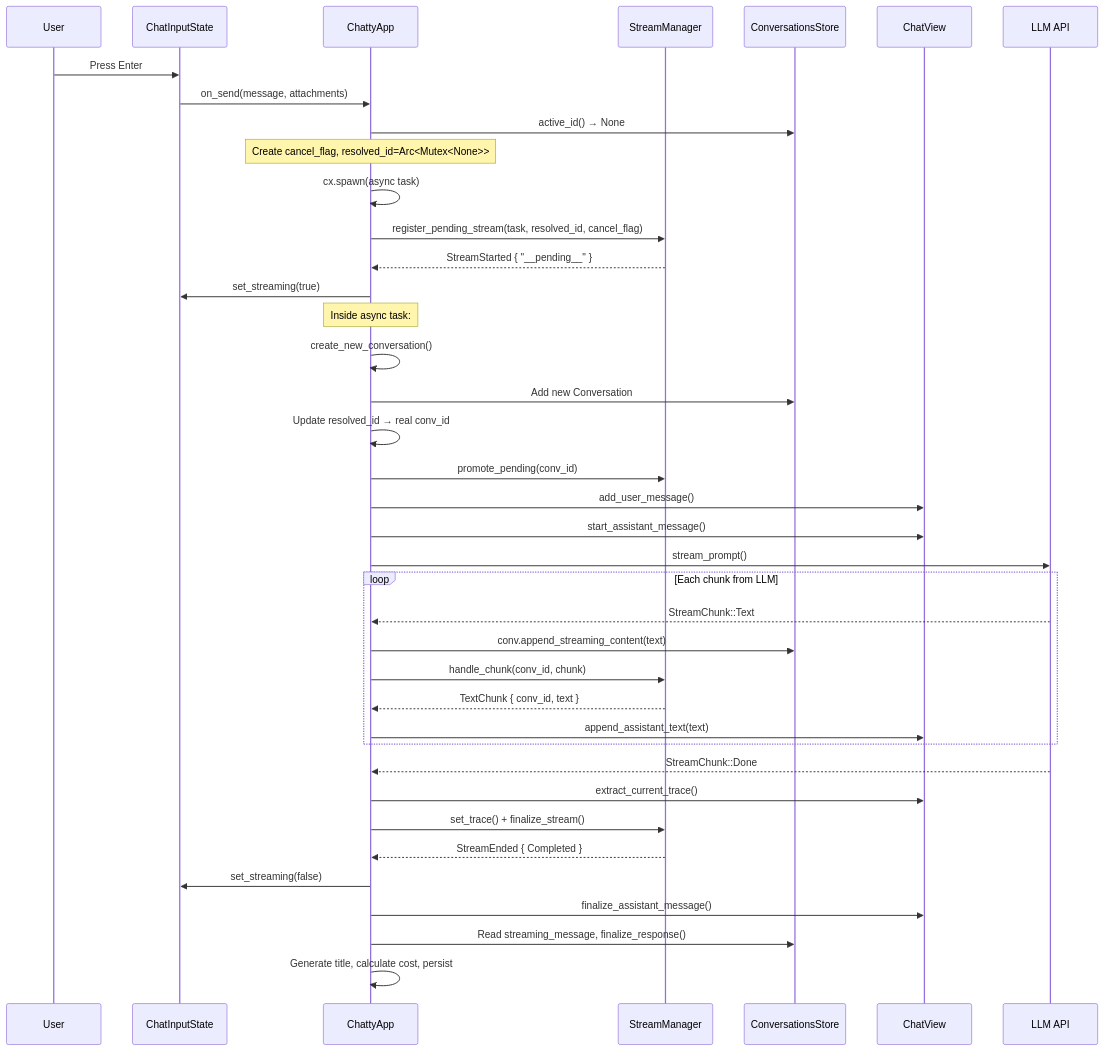
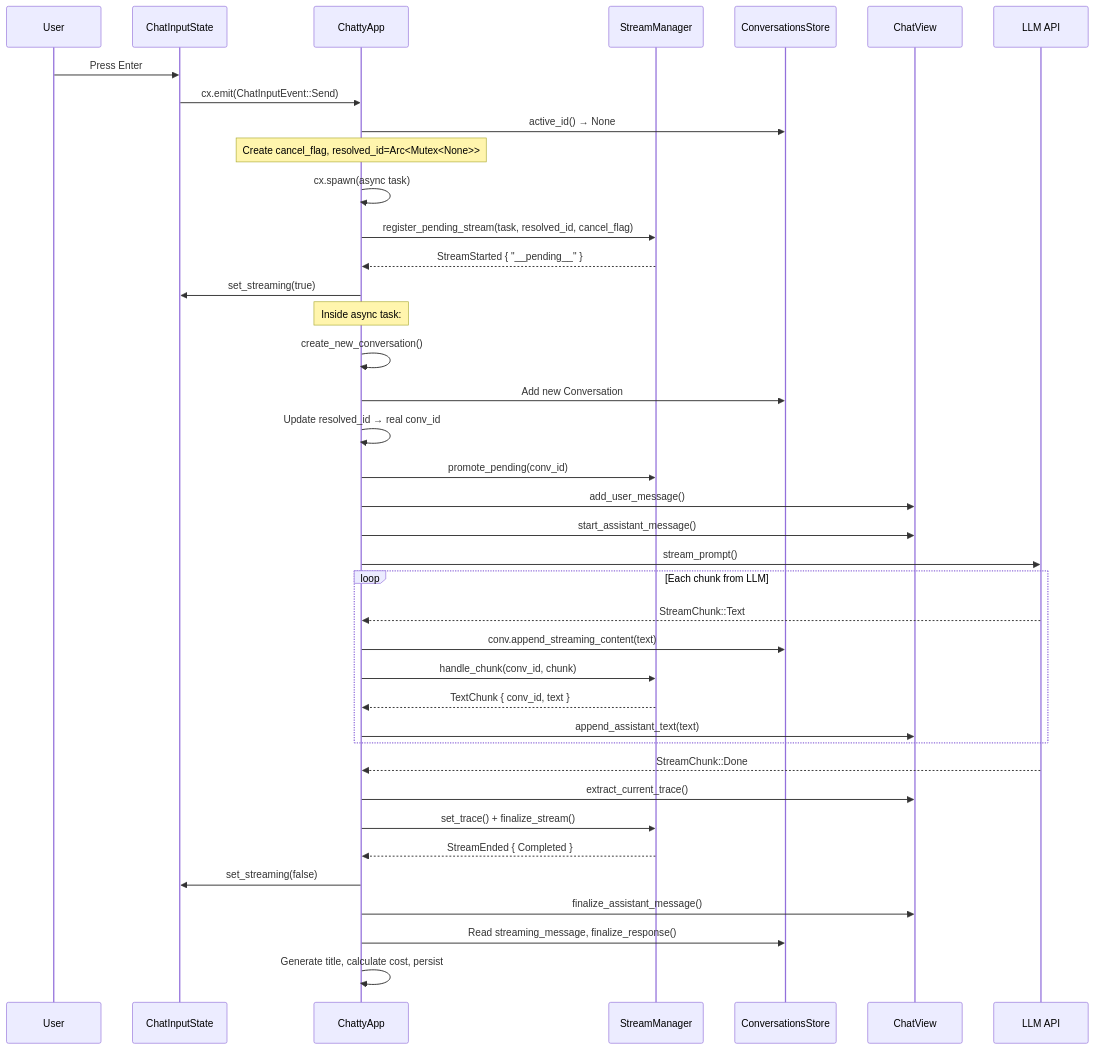
One commit to boersmamarcel/chatty2 changed the second of 6 diagrams in docs/stream-manager.md. Above: the diagram before and after it, drawn with Mermaid. The commit also changed other lines of this file and 4 other files, not shown here.

````diff
--- a/docs/stream-manager.md
+++ b/docs/stream-manager.md
@@ -107,47 +105,47 @@
 ```mermaid
 sequenceDiagram
     participant U as User
     participant CIS as ChatInputState
     participant CA as ChattyApp
     participant SM as StreamManager
     participant CS as ConversationsStore
     participant CV as ChatView
     participant LLM as LLM API
 
     U->>CIS: Press Enter
-    CIS->>CA: on_send(message, attachments)
+    CIS->>CA: cx.emit(ChatInputEvent::Send)
     CA->>CS: active_id() → None
 
     Note over CA: Create cancel_flag, resolved_id=Arc<Mutex<None>>
 
     CA->>CA: cx.spawn(async task)
     CA->>SM: register_pending_stream(task, resolved_id, cancel_flag)
     SM-->>CA: StreamStarted { "__pending__" }
     CA->>CIS: set_streaming(true)
 
     Note over CA: Inside async task:
     CA->>CA: create_new_conversation()
     CA->>CS: Add new Conversation
     CA->>CA: Update resolved_id → real conv_id
     CA->>SM: promote_pending(conv_id)
     CA->>CV: add_user_message()
     CA->>CV: start_assistant_message()
     CA->>LLM: stream_prompt()
 
     loop Each chunk from LLM
         LLM-->>CA: StreamChunk::Text
         CA->>CS: conv.append_streaming_content(text)
         CA->>SM: handle_chunk(conv_id, chunk)
         SM-->>CA: TextChunk { conv_id, text }
         CA->>CV: append_assistant_text(text)
     end
 
     LLM-->>CA: StreamChunk::Done
     CA->>CV: extract_current_trace()
     CA->>SM: set_trace() + finalize_stream()
     SM-->>CA: StreamEnded { Completed }
     CA->>CIS: set_streaming(false)
     CA->>CV: finalize_assistant_message()
     CA->>CS: Read streaming_message, finalize_response()
     CA->>CA: Generate title, calculate cost, persist
 ```
````
